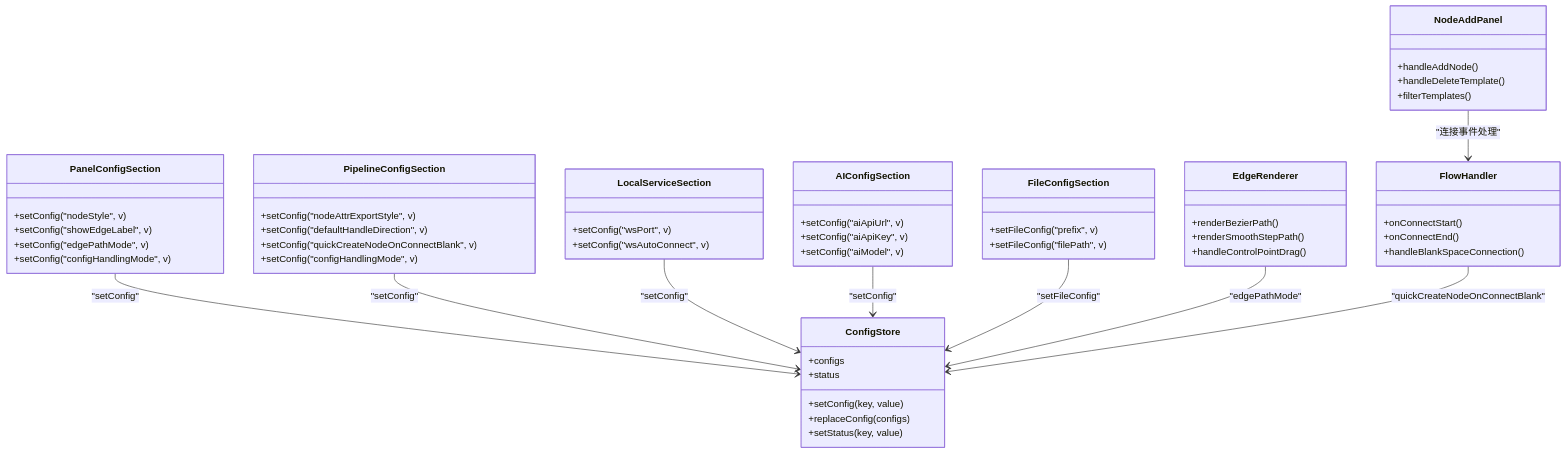
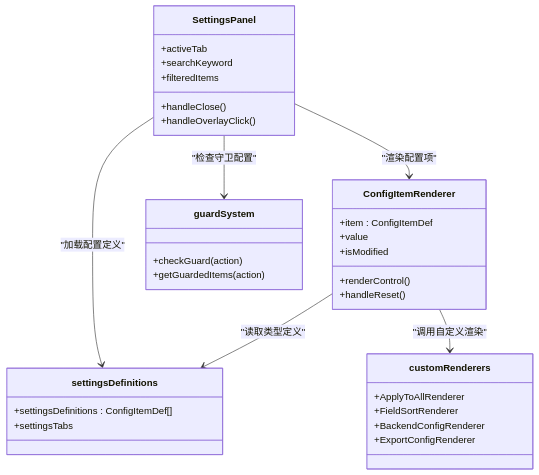
Before and after one commit to kqcoxn/MaaPipelineEditor: the third of 3 diagrams in .qoder/repowiki/zh/content/用户界面/面板系统/配置面板/配置面板.md, drawn with Mermaid. The commit also changed other lines of this file and 50 other files, not shown here.

````diff
--- a/.qoder/repowiki/zh/content/用户界面/面板系统/配置面板/配置面板.md
+++ b/.qoder/repowiki/zh/content/用户界面/面板系统/配置面板/配置面板.md
@@ -357,58 +369,36 @@
 ```mermaid
 classDiagram
-class ConfigStore {
-+configs
-+setConfig(key, value)
-+replaceConfig(configs)
-+status
-+setStatus(key, value)
+class SettingsPanel {
++activeTab
++searchKeyword
++filteredItems
++handleClose()
++handleOverlayClick()
 }
-class PanelConfigSection {
-+setConfig("nodeStyle", v)
-+setConfig("showEdgeLabel", v)
-+setConfig("edgePathMode", v)
-+setConfig("configHandlingMode", v)
+class ConfigItemRenderer {
++item : ConfigItemDef
++value
++isModified
++renderControl()
++handleReset()
 }
-class PipelineConfigSection {
-+setConfig("nodeAttrExportStyle", v)
-+setConfig("defaultHandleDirection", v)
-+setConfig("quickCreateNodeOnConnectBlank", v)
-+setConfig("configHandlingMode", v)
+class settingsDefinitions {
++settingsDefinitions : ConfigItemDef[]
++settingsTabs
 }
-class LocalServiceSection {
-+setConfig("wsPort", v)
-+setConfig("wsAutoConnect", v)
+class customRenderers {
++ApplyToAllRenderer
++FieldSortRenderer
++BackendConfigRenderer
++ExportConfigRenderer
 }
-class AIConfigSection {
-+setConfig("aiApiUrl", v)
-+setConfig("aiApiKey", v)
-+setConfig("aiModel", v)
+class guardSystem {
++checkGuard(action)
++getGuardedItems(action)
 }
-class FileConfigSection {
-+setFileConfig("prefix", v)
-+setFileConfig("filePath", v)
-}
-class EdgeRenderer {
-+renderBezierPath()
-+renderSmoothStepPath()
-+handleControlPointDrag()
-}
-class FlowHandler {
-+onConnectStart()
-+onConnectEnd()
-+handleBlankSpaceConnection()
-}
-class NodeAddPanel {
-+handleAddNode()
-+handleDeleteTemplate()
-+filterTemplates()
-}
-PanelConfigSection --> ConfigStore : "setConfig"
-PipelineConfigSection --> ConfigStore : "setConfig"
-LocalServiceSection --> ConfigStore : "setConfig"
-AIConfigSection --> ConfigStore : "setConfig"
-FileConfigSection --> ConfigStore : "setFileConfig"
-EdgeRenderer --> ConfigStore : "edgePathMode"
-FlowHandler --> ConfigStore : "quickCreateNodeOnConnectBlank"
-NodeAddPanel --> FlowHandler : "连接事件处理"
+SettingsPanel --> settingsDefinitions : "加载配置定义"
+SettingsPanel --> ConfigItemRenderer : "渲染配置项"
+ConfigItemRenderer --> settingsDefinitions : "读取类型定义"
+ConfigItemRenderer --> customRenderers : "调用自定义渲染"
+SettingsPanel --> guardSystem : "检查守卫配置"
 ```
````
